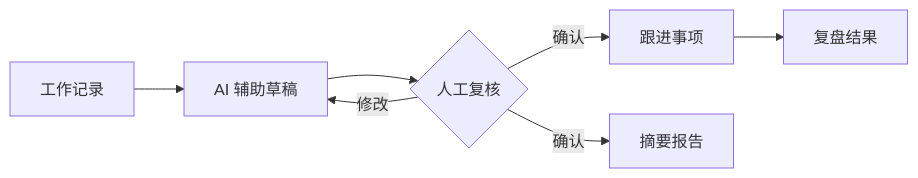
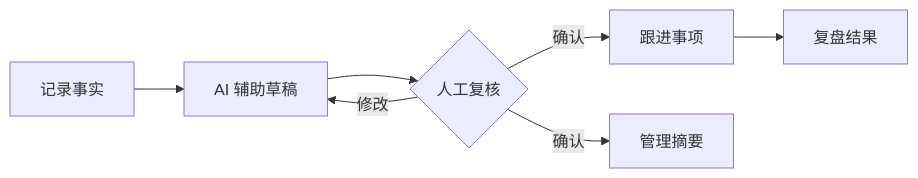
The diagram in README.zh-CN.md (wuhaowellha-creator/organization-diagnosis-tool), drawn with Mermaid before and after one commit. The commit also changed other lines of this file and 5 other files, not shown here.

````diff
--- a/README.zh-CN.md
+++ b/README.zh-CN.md
@@ -24,9 +34,9 @@
 ```mermaid
 flowchart LR
-  A[工作记录] --> B[AI 辅助草稿]
+  A[记录事实] --> B[AI 辅助草稿]
   B --> C{人工复核}
   C -->|修改| B
   C -->|确认| D[跟进事项]
-  C -->|确认| E[摘要报告]
+  C -->|确认| E[管理摘要]
   D --> F[复盘结果]
 ```
````
